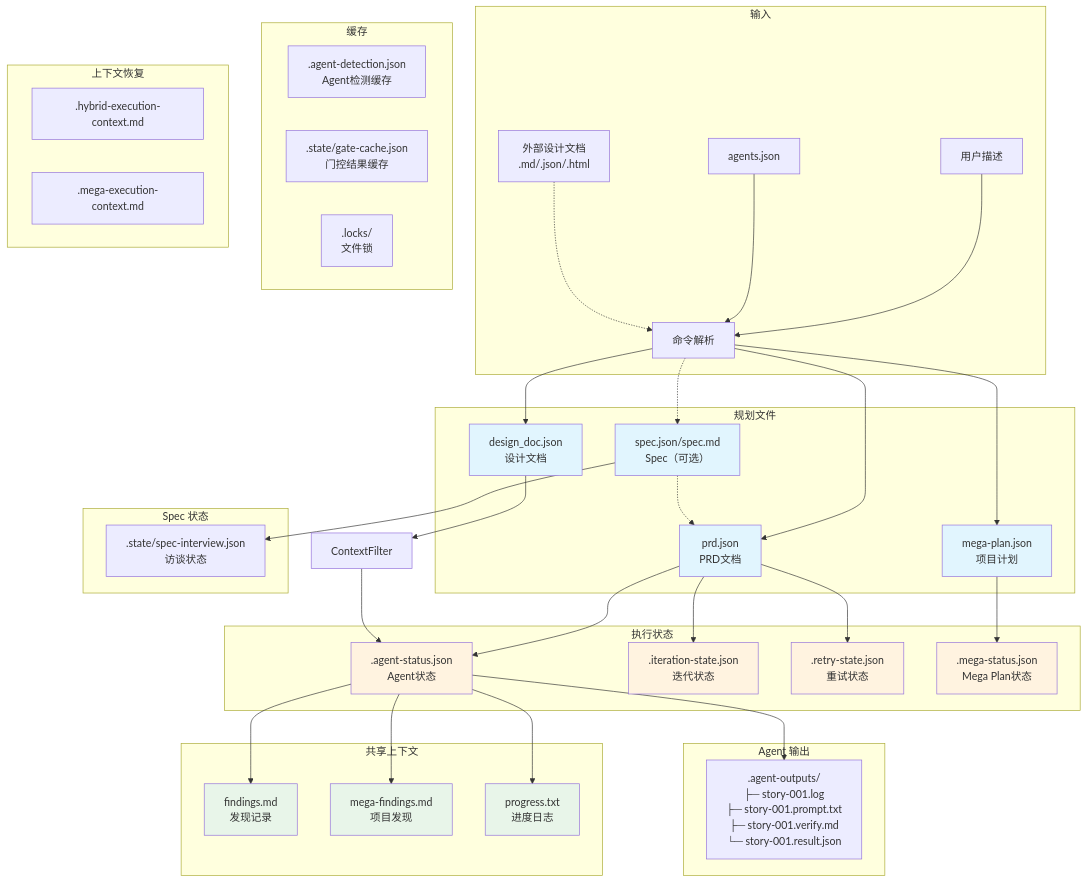
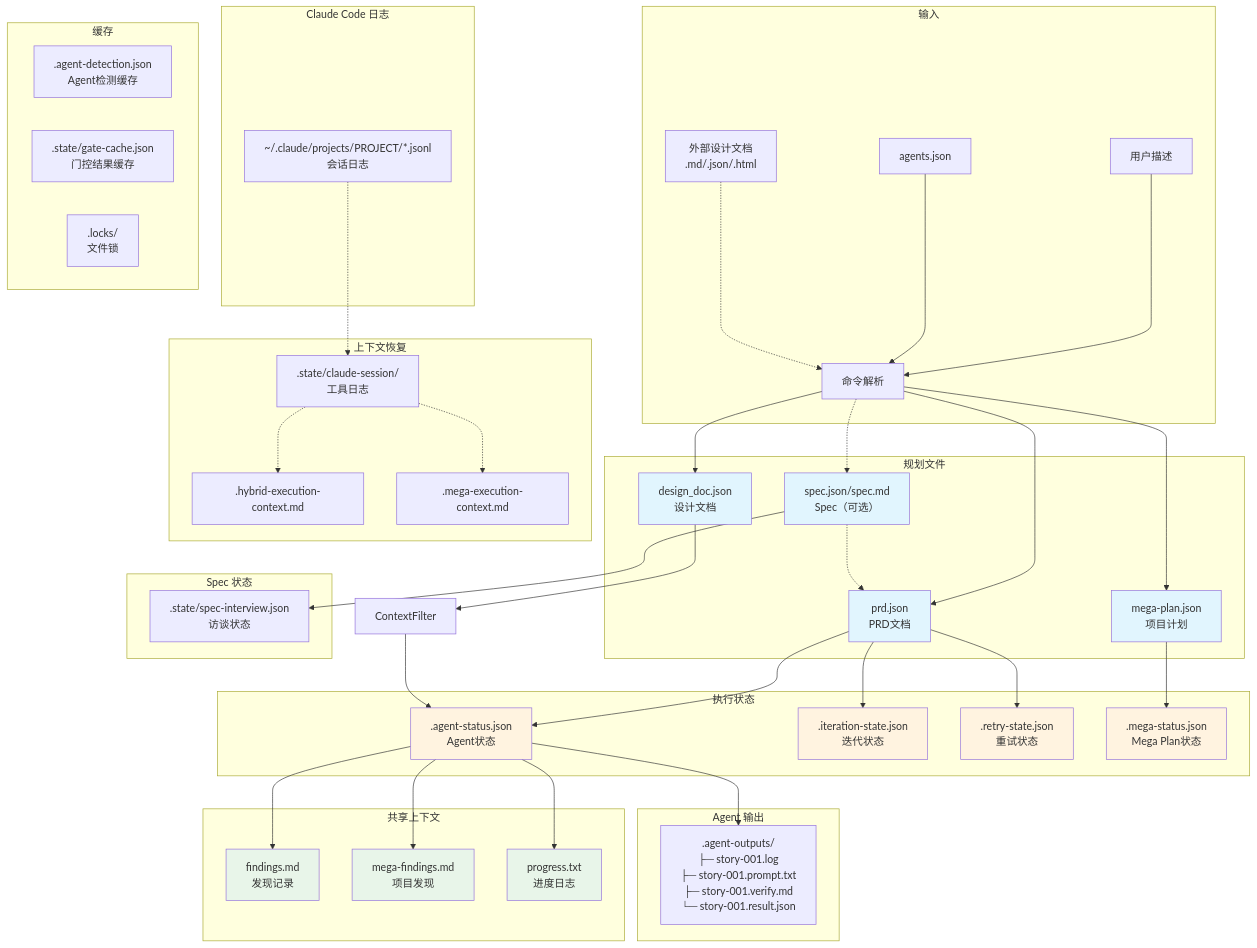
Diagram 19 of 19 in docs/System-Architecture_zh.md (Taoidle/plan-cascade), drawn with Mermaid before and after one commit. The commit also changed other lines of this file and 17 other files, not shown here.

````diff
--- a/docs/System-Architecture_zh.md
+++ b/docs/System-Architecture_zh.md
@@ -1517,64 +1520,72 @@
 ```mermaid
 graph TB
     subgraph "输入"
         U[用户描述] --> CMD[命令解析]
         CFG[agents.json] --> CMD
         EXT[外部设计文档<br/>.md/.json/.html] -.-> CMD
+    end
+
+    subgraph "Claude Code 日志"
+        CL[~/.claude/projects/PROJECT/*.jsonl<br/>会话日志]
     end
 
     subgraph "规划文件"
         CMD --> PRD[prd.json<br/>PRD文档]
         CMD -.-> SPEC[spec.json/spec.md<br/>Spec（可选）]
         SPEC -.-> PRD
         CMD --> MP[mega-plan.json<br/>项目计划]
         CMD --> DD[design_doc.json<br/>设计文档]
     end
 
     subgraph "执行状态"
         PRD --> AS[.agent-status.json<br/>Agent状态]
         PRD --> IS[.iteration-state.json<br/>迭代状态]
         PRD --> RS[.retry-state.json<br/>重试状态]
         MP --> MS[.mega-status.json<br/>Mega Plan状态]
     end
 
     subgraph "共享上下文"
         AS --> FD[findings.md<br/>发现记录]
         AS --> MF[mega-findings.md<br/>项目发现]
         AS --> PG[progress.txt<br/>进度日志]
     end
 
     subgraph "Agent 输出"
         AS --> AO[.agent-outputs/<br/>├─ story-001.log<br/>├─ story-001.prompt.txt<br/>├─ story-001.verify.md<br/>└─ story-001.result.json]
     end
 
     subgraph "缓存"
         AD[.agent-detection.json<br/>Agent检测缓存]
         GCF[.state/gate-cache.json<br/>门控结果缓存]
         LK[.locks/<br/>文件锁]
     end
 
     subgraph "Spec 状态"
         SIS[.state/spec-interview.json<br/>访谈状态]
     end
 
     subgraph "上下文恢复"
+        CSJ[.state/claude-session/<br/>工具日志]
         HEC[.hybrid-execution-context.md]
         MEC[.mega-execution-context.md]
     end
 
     DD --> CF[ContextFilter]
     SPEC --> SIS
     CF --> AS
+    CL -.-> CSJ
+    CSJ -.-> HEC
+    CSJ -.-> MEC
 
     style PRD fill:#e1f5fe
     style SPEC fill:#e1f5fe
     style MP fill:#e1f5fe
     style DD fill:#e1f5fe
     style AS fill:#fff3e0
     style IS fill:#fff3e0
     style RS fill:#fff3e0
     style MS fill:#fff3e0
     style FD fill:#e8f5e9
     style MF fill:#e8f5e9
     style PG fill:#e8f5e9
 ```
````
